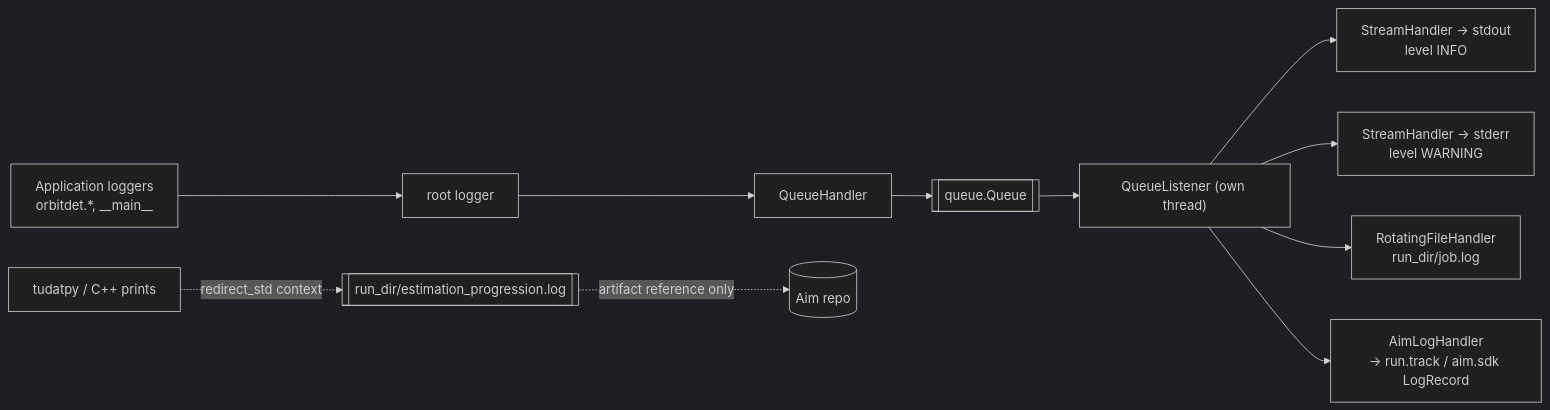
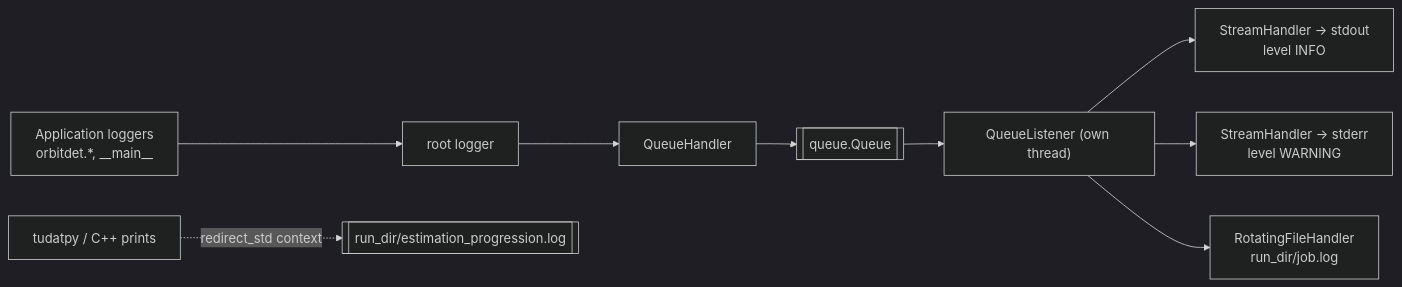
The third of 4 diagrams in docs/LOGGING_ARCHITECTURE_REPORT.md (PascalChristiaanse/NeptuneOD), drawn with Mermaid (dark theme) before and after one commit. The commit also changed other lines of this file and 31 other files, not shown here.

````diff
--- a/docs/LOGGING_ARCHITECTURE_REPORT.md
+++ b/docs/LOGGING_ARCHITECTURE_REPORT.md
@@ -303,14 +272,12 @@
 ```mermaid
 graph LR
     APP["Application loggers<br/>orbitdet.*, __main__"] --> R["root logger"]
     R --> QH["QueueHandler"]
     QH --> Q[["queue.Queue"]]
     Q --> QL["QueueListener (own thread)"]
     QL --> C["StreamHandler → stdout<br/>level INFO"]
     QL --> E["StreamHandler → stderr<br/>level WARNING"]
     QL --> F["RotatingFileHandler<br/>run_dir/job.log"]
-    QL --> A["AimLogHandler<br/>→ run.track / aim.sdk LogRecord"]
 
     NATIVE["tudatpy / C++ prints"] -.->|"redirect_std context"| NF[["run_dir/estimation_progression.log"]]
-    NF -.->|"artifact reference only"| AIM[("Aim repo")]
 ```
````
